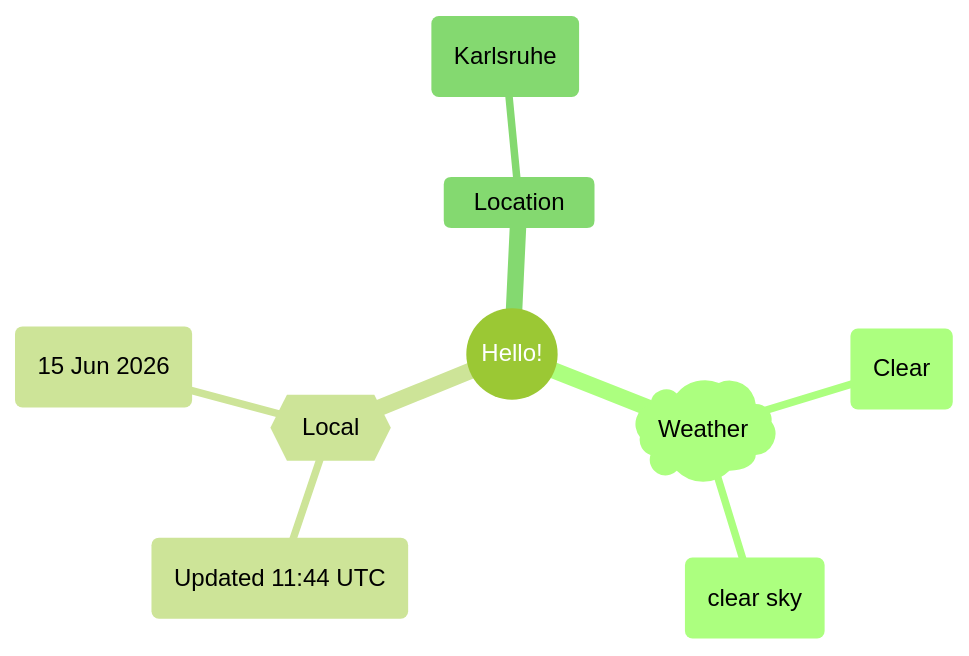
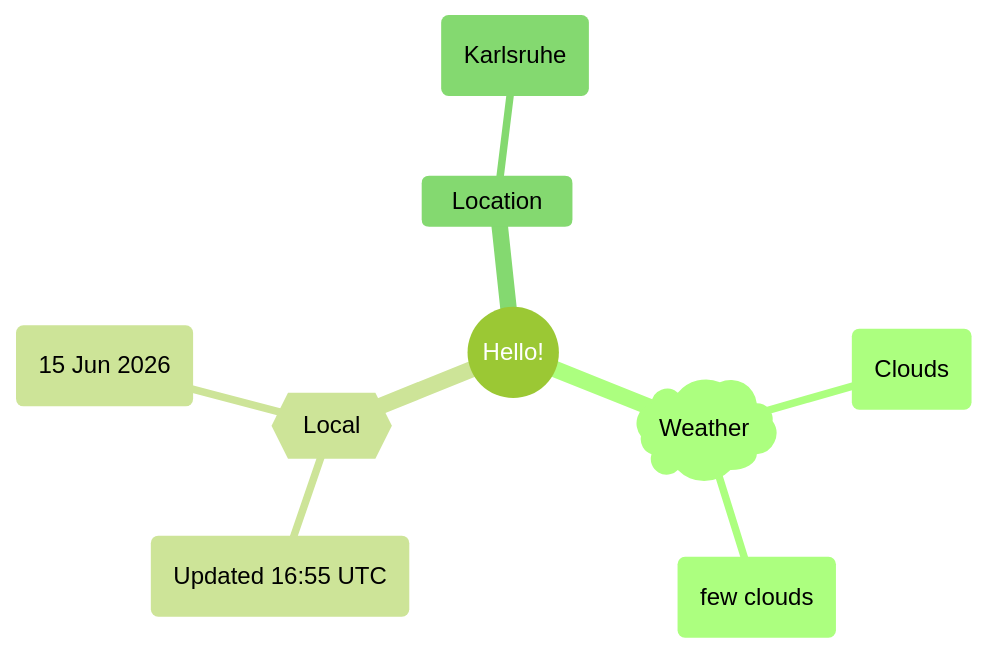
Before and after one commit to Xosrov/Xosrov: the first of 2 diagrams in README.md, drawn with Mermaid (forest theme).

Commit message:
[bot] updated images

````diff
--- a/README.md
+++ b/README.md
@@ -3,12 +3,12 @@
 ```mermaid
 mindmap
   root((Hello!))
     )Weather(
-        (Clear)
-        (clear sky)
+        (Clouds)
+        (few clouds)
     {{Local}}
-        (Updated 11:44 UTC)
+        (Updated 16:55 UTC)
         (15 Jun 2026)
     Location
         (Karlsruhe)
 ```
````
